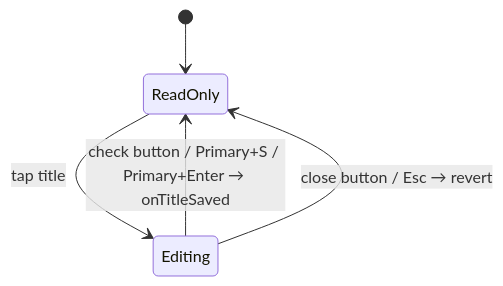
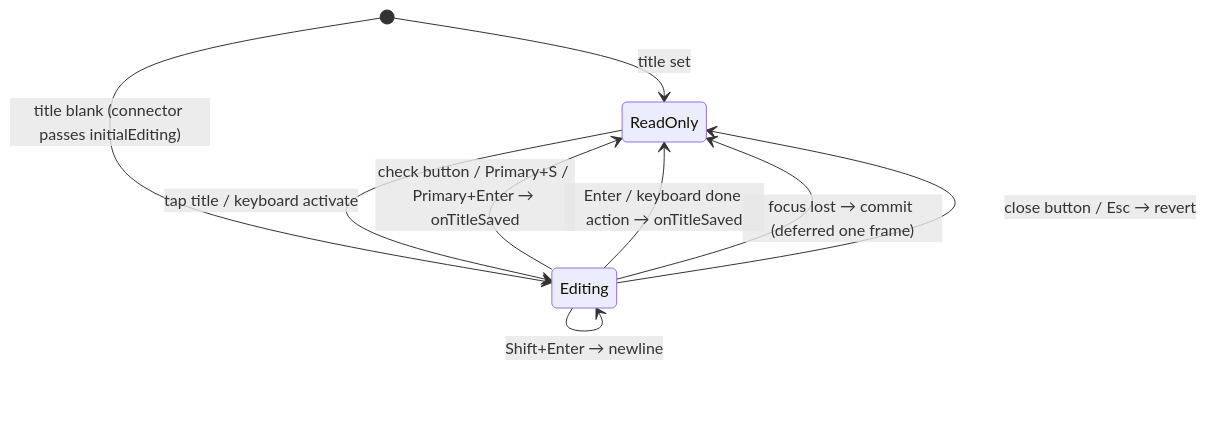
The diagram in knowledge/features/tasks/detail-composition.md (matthiasn/lotti), drawn with Mermaid before and after one commit. The commit also changed other lines of this file and 62 other files, not shown here.

````diff
--- a/knowledge/features/tasks/detail-composition.md
+++ b/knowledge/features/tasks/detail-composition.md
@@ -52,7 +126,11 @@
 ```mermaid
 stateDiagram-v2
-  [*] --> ReadOnly
-  ReadOnly --> Editing: tap title
+  [*] --> ReadOnly: title set
+  [*] --> Editing: title blank (connector passes initialEditing)
+  ReadOnly --> Editing: tap title / keyboard activate
   Editing --> ReadOnly: check button / Primary+S / Primary+Enter → onTitleSaved
+  Editing --> ReadOnly: Enter / keyboard done action → onTitleSaved
+  Editing --> Editing: Shift+Enter → newline
+  Editing --> ReadOnly: focus lost → commit (deferred one frame)
   Editing --> ReadOnly: close button / Esc → revert
 ```
````
